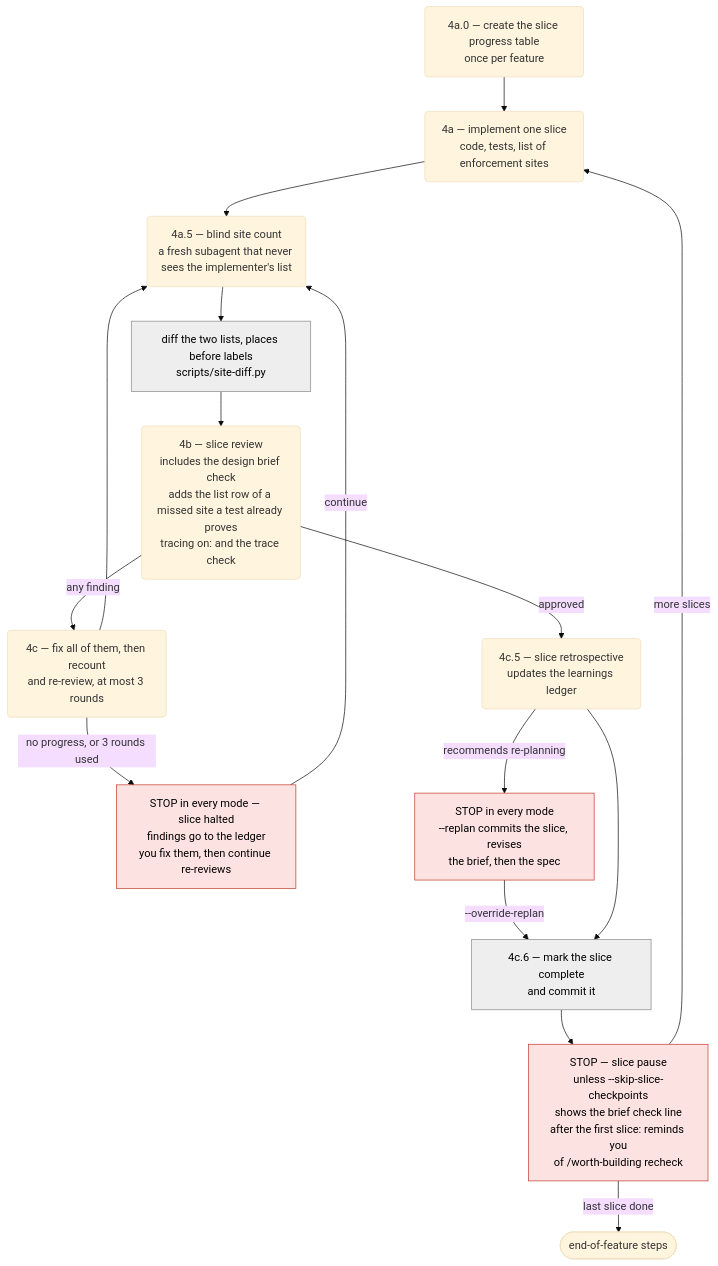
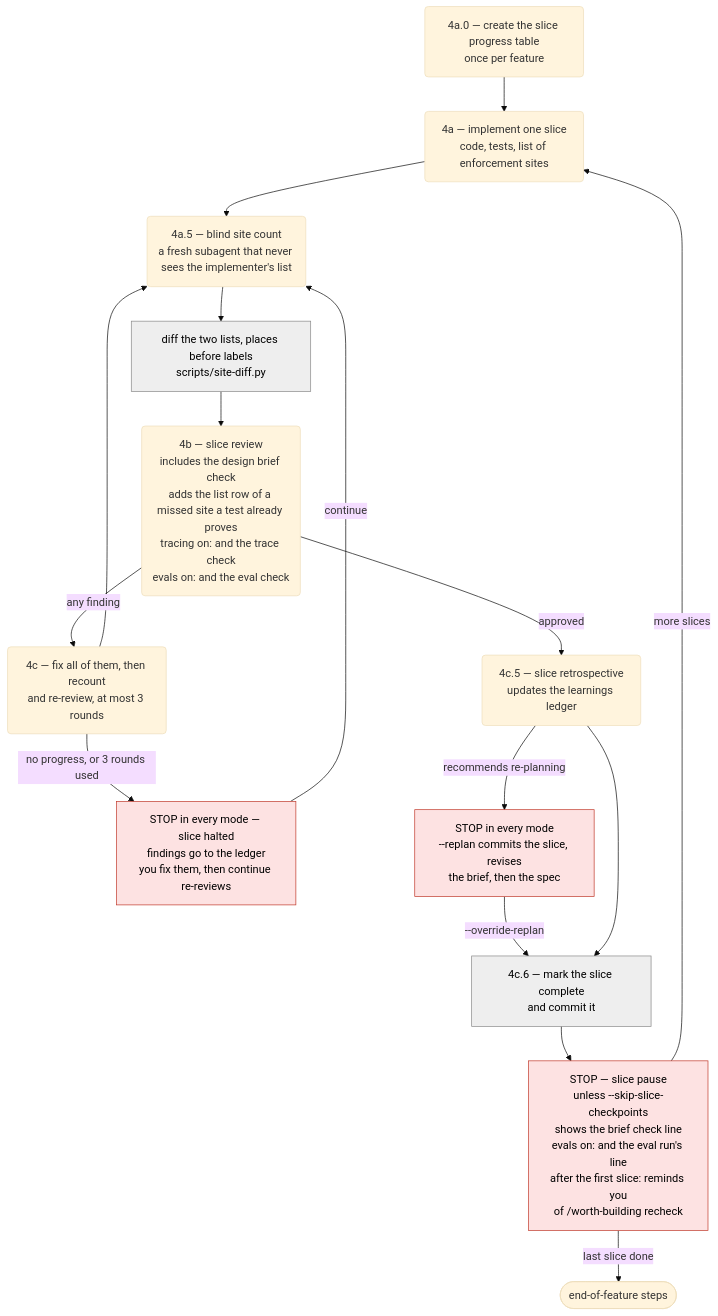
Before and after one commit to pablooliva/claude-plugins: the third of 4 diagrams in agent-engineering/docs/sdd-flow-diagram.md, drawn with Mermaid (base theme). The commit also changed other lines of this file and 13 other files, not shown here.

````diff
--- a/agent-engineering/docs/sdd-flow-diagram.md
+++ b/agent-engineering/docs/sdd-flow-diagram.md
@@ -93,21 +93,21 @@
 ```mermaid
 flowchart TD
     scaffold("4a.0 — create the slice progress table<br/>once per feature") --> impl("4a — implement one slice<br/>code, tests, list of enforcement sites")
     impl --> count("4a.5 — blind site count<br/>a fresh subagent that never sees the implementer's list")
     count --> diff["diff the two lists, places before labels<br/>scripts/site-diff.py"]:::orch
-    diff --> review("4b — slice review<br/>includes the design brief check<br/>adds the list row of a missed site a test already proves<br/>tracing on: and the trace check")
+    diff --> review("4b — slice review<br/>includes the design brief check<br/>adds the list row of a missed site a test already proves<br/>tracing on: and the trace check<br/>evals on: and the eval check")
     review -- "any finding" --> fix("4c — fix all of them, then recount<br/>and re-review, at most 3 rounds")
     fix --> count
     fix -- "no progress, or 3 rounds used" --> halt["STOP in every mode — slice halted<br/>findings go to the ledger<br/>you fix them, then continue re-reviews"]:::stop
     halt -- "continue" --> count
     review -- "approved" --> retro("4c.5 — slice retrospective<br/>updates the learnings ledger")
     retro -- "recommends re-planning" --> replan["STOP in every mode<br/>--replan commits the slice, revises<br/>the brief, then the spec"]:::stop
     replan -- "--override-replan" --> commit
     retro --> commit["4c.6 — mark the slice complete<br/>and commit it"]:::orch
-    commit --> pause["STOP — slice pause<br/>unless --skip-slice-checkpoints<br/>shows the brief check line<br/>after the first slice: reminds you<br/>of /worth-building recheck"]:::stop
+    commit --> pause["STOP — slice pause<br/>unless --skip-slice-checkpoints<br/>shows the brief check line<br/>evals on: and the eval run's line<br/>after the first slice: reminds you<br/>of /worth-building recheck"]:::stop
     pause -- "more slices" --> impl
     pause -- "last slice done" --> eof(["end-of-feature steps"])
 
     classDef stop fill:#fde2e2,stroke:#c0392b,color:#000
     classDef orch fill:#eeeeee,stroke:#888888,color:#000
 ```
````
